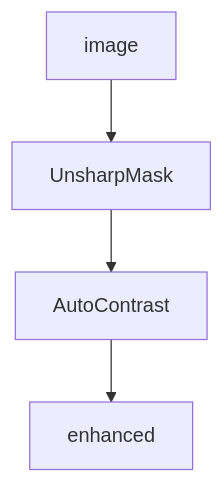
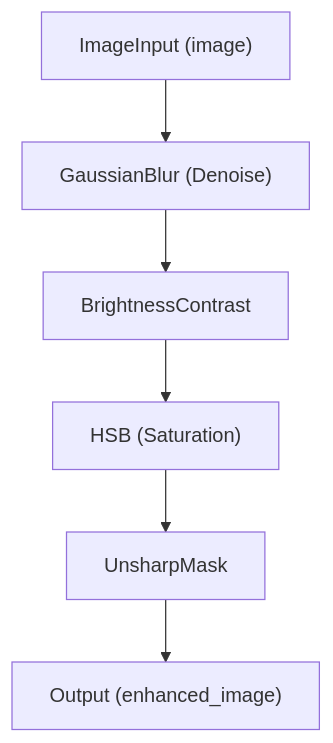
Before and after one commit to nodetool-ai/nodetool: the diagram in docs/workflows/image-enhance.md, drawn with Mermaid. The commit also changed other lines of this file and 118 other files, not shown here.

```diff
--- a/docs/workflows/image-enhance.md
+++ b/docs/workflows/image-enhance.md
@@ -30,10 +32,10 @@
 {% mermaid %}
 graph TD
-  enhanced_97877["enhanced"]
-  image_97879["image"]
-  sharpen_9d8850["UnsharpMask"]
-  autocontrast_4c9c6b["AutoContrast"]
-  image_97879 --> sharpen_9d8850
-  sharpen_9d8850 --> autocontrast_4c9c6b
-  autocontrast_4c9c6b --> enhanced_97877
+  image["ImageInput (image)"]
+  denoise["GaussianBlur (Denoise)"]
+  tone["BrightnessContrast"]
+  color["HSB (Saturation)"]
+  sharpen["UnsharpMask"]
+  enhanced["Output (enhanced_image)"]
+  image --> denoise --> tone --> color --> sharpen --> enhanced
 {% endmermaid %}
```
